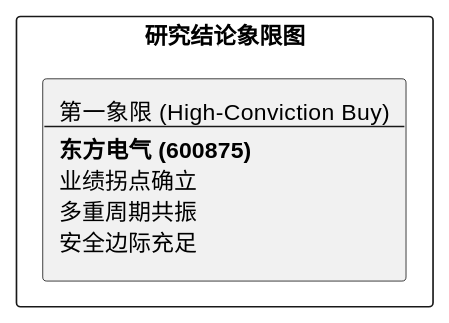
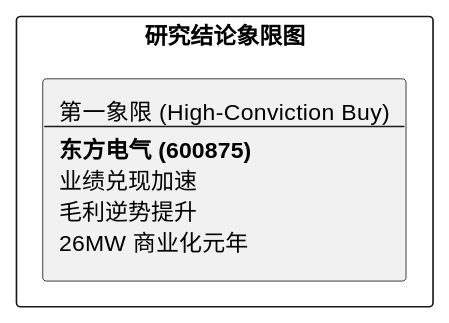
One commit to hrzzzrh/QuantPyLab changed the diagram in investigation/equities/东方电气/reports/研报章节七：投资摘要与风险因素.md. Above: the diagram before and after it, drawn with PlantUML. The commit also changed other lines of this file and 99 other files, not shown here.

````diff
--- a/investigation/equities/东方电气/reports/研报章节七：投资摘要与风险因素.md
+++ b/investigation/equities/东方电气/reports/研报章节七：投资摘要与风险因素.md
@@ -24,7 +24,7 @@
 ```plantuml
 @startuml
 rectangle "研究结论象限图" {
-    rectangle "第一象限 (High-Conviction Buy)\n--\n**东方电气 (600875)**\n业绩拐点确立\n多重周期共振\n安全边际充足" as Q1
+    rectangle "第一象限 (High-Conviction Buy)\n--\n**东方电气 (600875)**\n业绩兑现加速\n毛利逆势提升\n26MW 商业化元年" as Q1
 }
 @enduml
 ```
````
